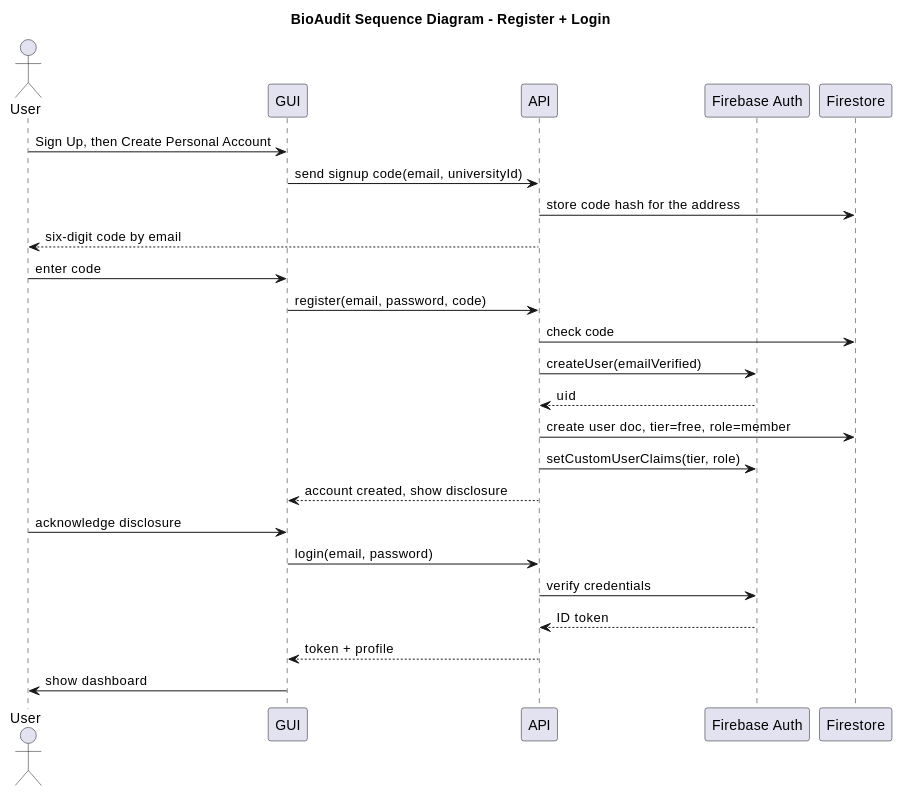
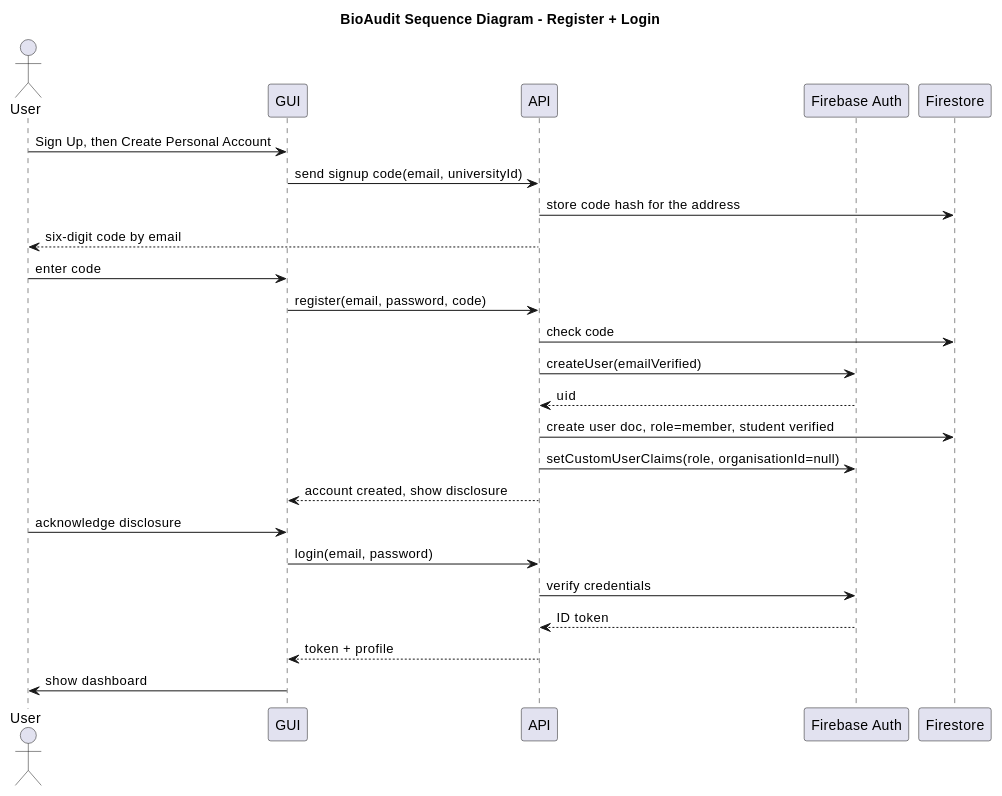
The first of 7 diagrams in backend/docs/TDM-sequence-diagrams-plantuml.md (FYP-UOW-2026/Final_Year_Project), drawn with PlantUML before and after one commit. The commit also changed other lines of this file and 9 other files, not shown here.

````diff
--- a/backend/docs/TDM-sequence-diagrams-plantuml.md
+++ b/backend/docs/TDM-sequence-diagrams-plantuml.md
@@ -18,41 +18,41 @@
 ```plantuml
 @startuml
 title BioAudit Sequence Diagram - Register + Login
 
 skinparam roundCorner 5
 skinparam ParticipantBorderColor #181818
 skinparam ParticipantBorderThickness 0.5
 skinparam ParticipantFontColor #000000
 skinparam ParticipantFontSize 14
 skinparam ActorBorderColor #181818
 skinparam ActorFontColor #000000
 skinparam ActorFontSize 14
 skinparam SequenceLifeLineBorderColor #181818
 skinparam SequenceLifeLineBorderThickness 0.5
 
 actor User
 participant GUI
 participant API
 participant "Firebase Auth" as FBA
 participant Firestore
 
 User -> GUI: Sign Up, then Create Personal Account
 GUI -> API: send signup code(email, universityId)
 API -> Firestore: store code hash for the address
 API --> User: six-digit code by email
 User -> GUI: enter code
 GUI -> API: register(email, password, code)
 API -> Firestore: check code
 API -> FBA: createUser(emailVerified)
 FBA --> API: uid
-API -> Firestore: create user doc, tier=free, role=member
-API -> FBA: setCustomUserClaims(tier, role)
+API -> Firestore: create user doc, role=member, student verified
+API -> FBA: setCustomUserClaims(role, organisationId=null)
 API --> GUI: account created, show disclosure
 User -> GUI: acknowledge disclosure
 GUI -> API: login(email, password)
 API -> FBA: verify credentials
 FBA --> API: ID token
 API --> GUI: token + profile
 GUI -> User: show dashboard
 @enduml
 ```
````
